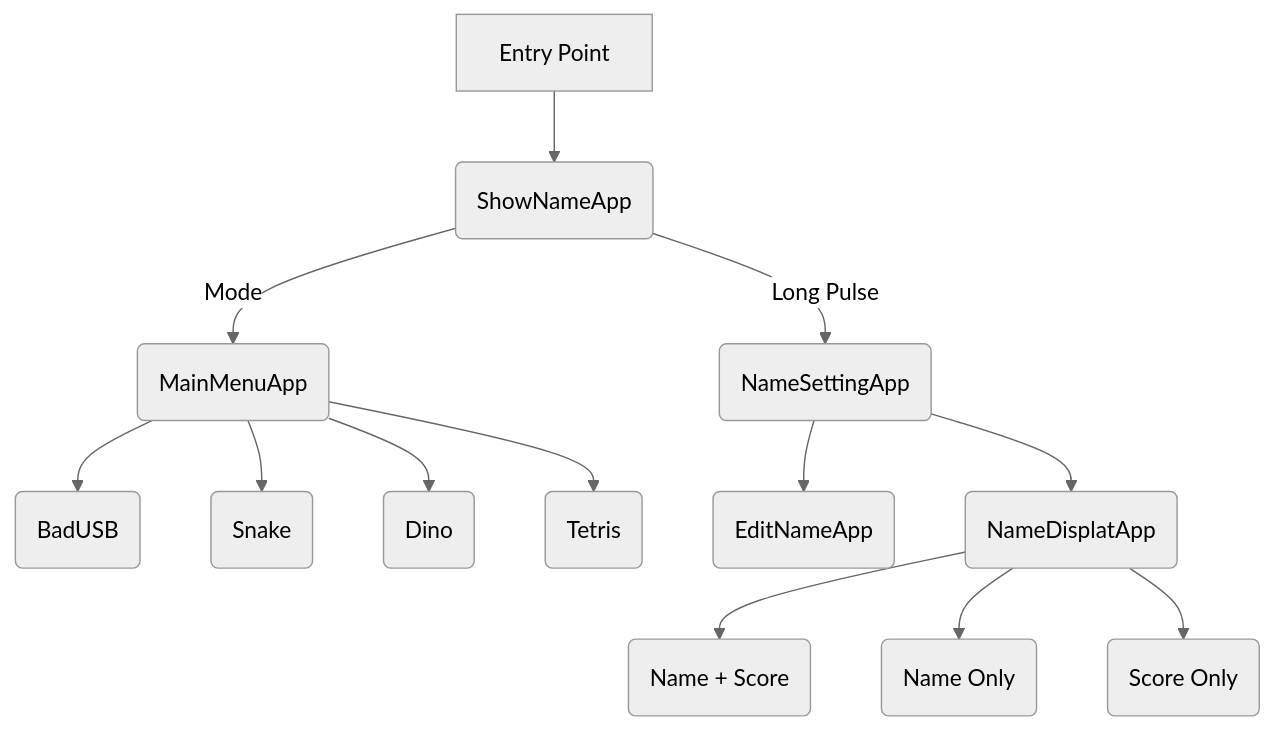
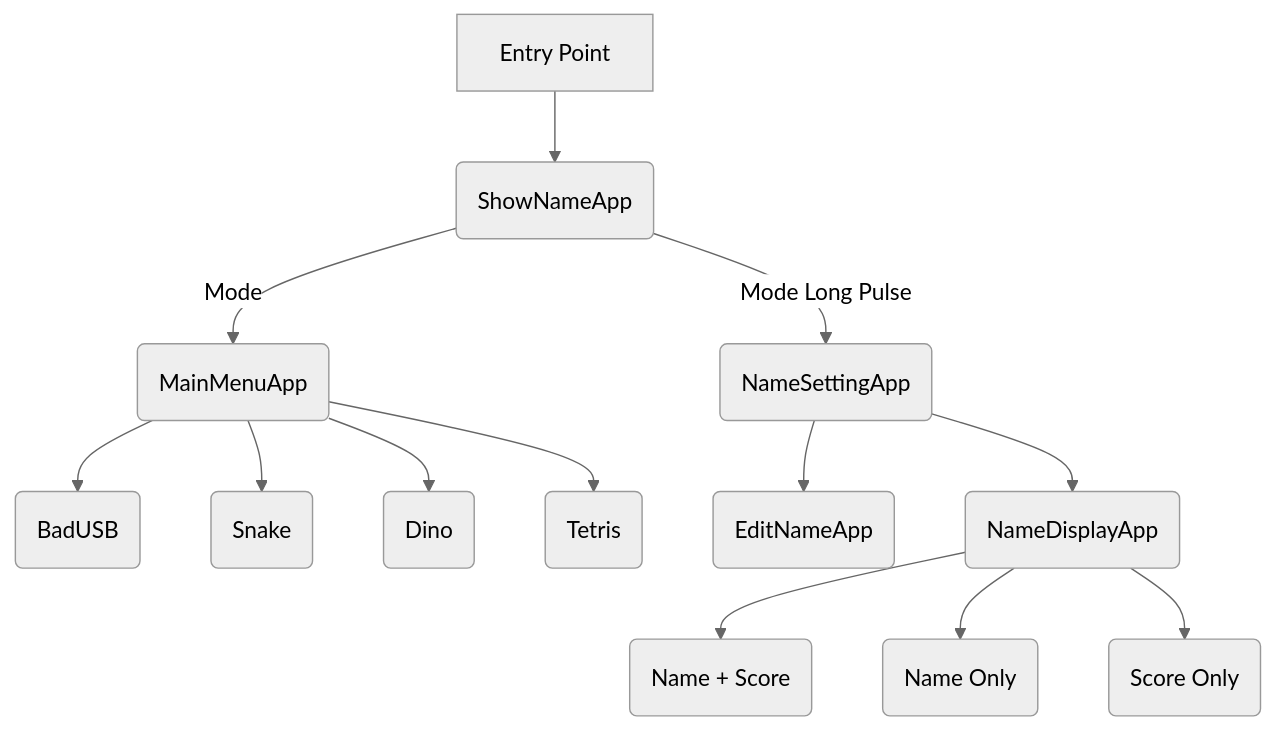
One commit to john0312/hitcon-pcb-badge changed the diagram in Menu.md. Above: the diagram before and after it, drawn with Mermaid (neutral theme).

````diff
--- a/Menu.md
+++ b/Menu.md
@@ -1,15 +1,15 @@
 ```mermaid
 flowchart TD
     A[Entry Point] --> B(ShowNameApp)
     B --> |Mode| C(MainMenuApp)
     C --> D(BadUSB)
     C --> E(Snake)
     C --> F(Dino)
     C --> G(Tetris)
-    B --> |Long Pulse| H(NameSettingApp)
+    B --> |Mode Long Pulse| H(NameSettingApp)
     H --> I(EditNameApp)
-    H --> J(NameDisplatApp)
+    H --> J(NameDisplayApp)
     J --> K(Name + Score)
     J --> L(Name Only)
     J --> M(Score Only)
 ```
````
